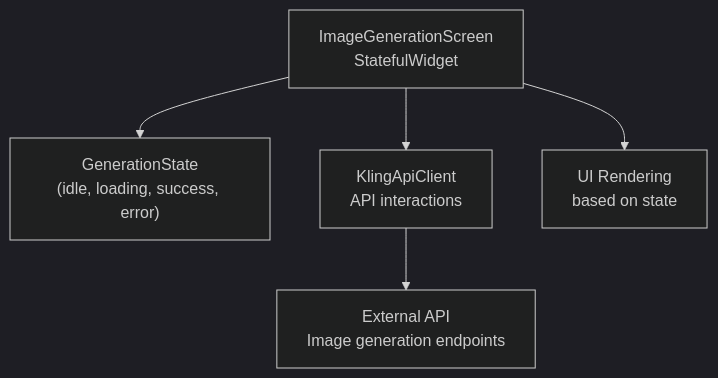
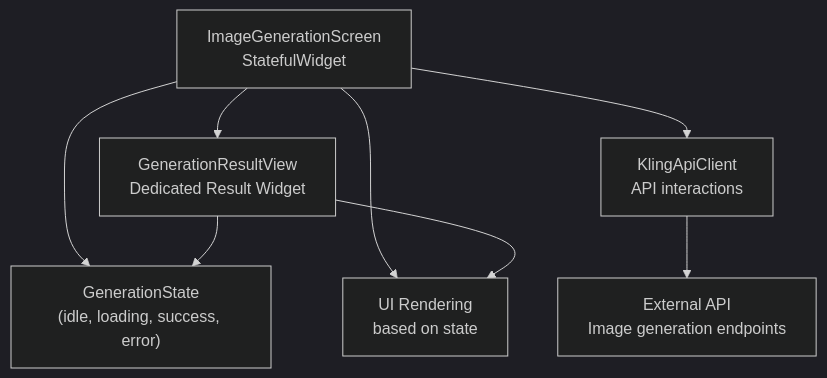
Before and after one commit to cripnail/kling_app: the first of 5 diagrams in .qoder/repowiki/en/content/Core Features/State Management.md, drawn with Mermaid (dark theme). The commit also changed other lines of this file and 15 other files, not shown here.

````diff
--- a/.qoder/repowiki/en/content/Core Features/State Management.md
+++ b/.qoder/repowiki/en/content/Core Features/State Management.md
@@ -30,7 +42,10 @@
 ```mermaid
 graph TB
 Screen["ImageGenerationScreen<br/>StatefulWidget"] --> Enum["GenerationState<br/>(idle, loading, success, error)"]
+Screen --> ResultView["GenerationResultView<br/>Dedicated Result Widget"]
+ResultView --> Enum
 Screen --> Client["KlingApiClient<br/>API interactions"]
 Client --> API["External API<br/>Image generation endpoints"]
 Screen --> UI["UI Rendering<br/>based on state"]
+ResultView --> UI
 ```
````
